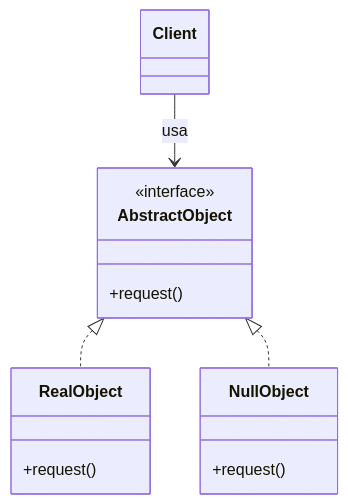
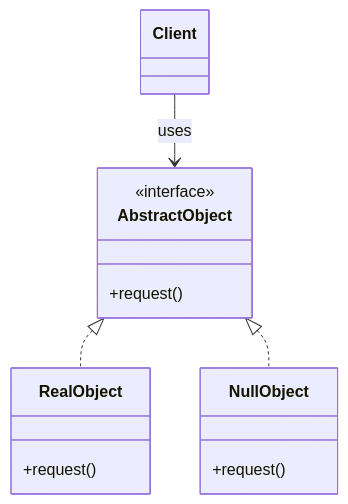
Before and after one commit to alancesar/design-patterns: the diagram in docs/coding/gof/behavioral/null-object.md, drawn with Mermaid. The commit also changed 258 other files, not shown here.

First line of the commit message:
Translate Mermaid diagrams to English

````diff
--- a/docs/coding/gof/behavioral/null-object.md
+++ b/docs/coding/gof/behavioral/null-object.md
@@ -59,17 +59,17 @@
 ```mermaid
 classDiagram
     class Client
     class AbstractObject {
         <<interface>>
         +request()
     }
     class RealObject {
         +request()
     }
     class NullObject {
         +request()
     }
-    Client --> AbstractObject : usa
+    Client --> AbstractObject : uses
     AbstractObject <|.. RealObject
     AbstractObject <|.. NullObject
 ```
````
